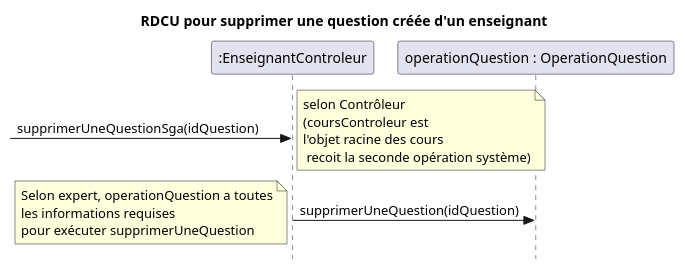
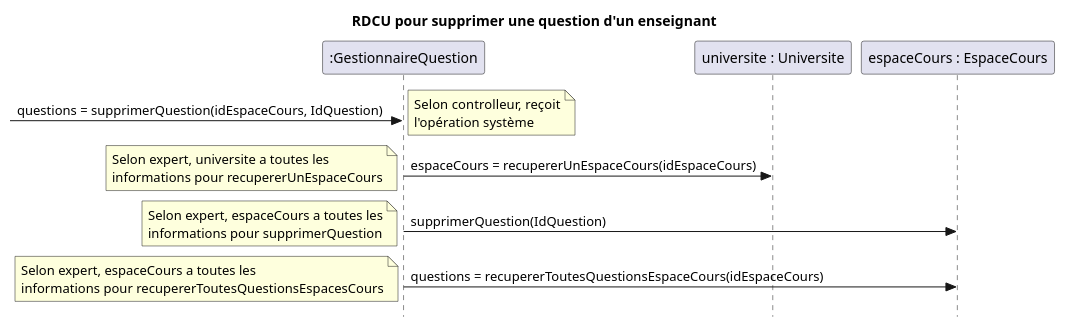
One commit to nerdz88/SGA-TS changed the second of 2 diagrams in docs/Supprimer question/RDCU_Supprimer_Question.puml. Above: the diagram before and after it, drawn with PlantUML. The commit also changed 39 other files, not shown here.

```diff
--- a/docs/Supprimer question/RDCU_Supprimer_Question.puml
+++ b/docs/Supprimer question/RDCU_Supprimer_Question.puml
@@ -14,11 +14,16 @@
 @startuml supprimerUneQuestionFinal
 skinparam style strictuml
 skinparam defaultfontname Verdana
-title RDCU pour supprimer une question créée d'un enseignant
-participant ":EnseignantControleur" as controleur
-participant "operationQuestion : OperationQuestion" as opQuestion
-->controleur : supprimerUneQuestionSga(idQuestion)
-note right : selon Contrôleur\n(coursControleur est\nl'objet racine des cours\n recoit la seconde opération système)
-controleur -> opQuestion : supprimerUneQuestion(idQuestion)
-note left : Selon expert, operationQuestion a toutes\nles informations requises\npour exécuter supprimerUneQuestion
-@enduml 
+title RDCU pour supprimer une question d'un enseignant
+participant ":GestionnaireQuestion" as gestionQ
+participant "universite : Universite" as universite
+participant "espaceCours : EspaceCours" as cours
+-> gestionQ : questions = supprimerQuestion(idEspaceCours, IdQuestion)
+note left : Selon controlleur, reçoit\nl'opération système
+gestionQ -> universite : espaceCours = recupererUnEspaceCours(idEspaceCours)
+note left : Selon expert, universite a toutes les\ninformations pour recupererUnEspaceCours
+gestionQ -> cours : supprimerQuestion(IdQuestion)
+note left : Selon expert, espaceCours a toutes les\ninformations pour supprimerQuestion
+gestionQ -> cours : questions = recupererToutesQuestionsEspaceCours(idEspaceCours)
+note left : Selon expert, espaceCours a toutes les\ninformations pour recupererToutesQuestionsEspacesCours
+@enduml
```
